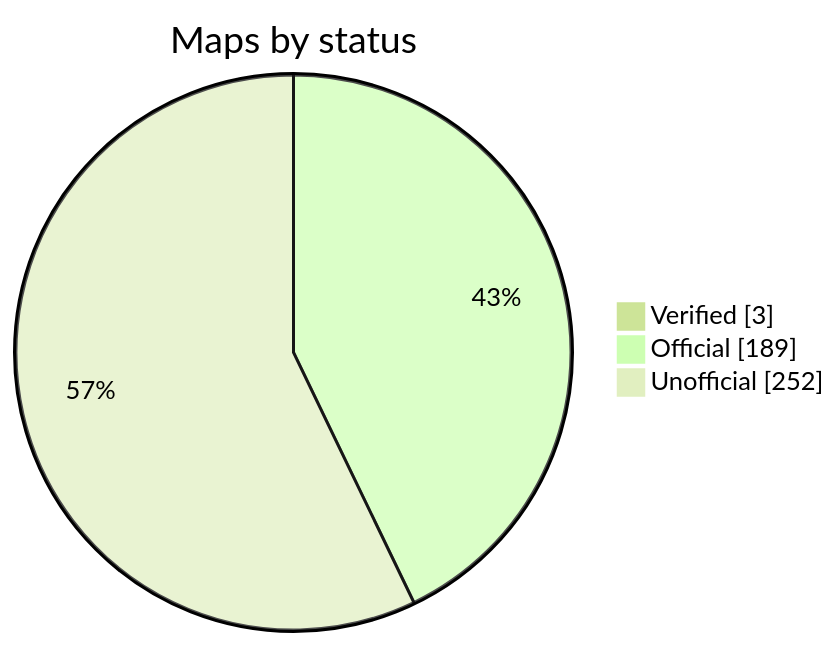
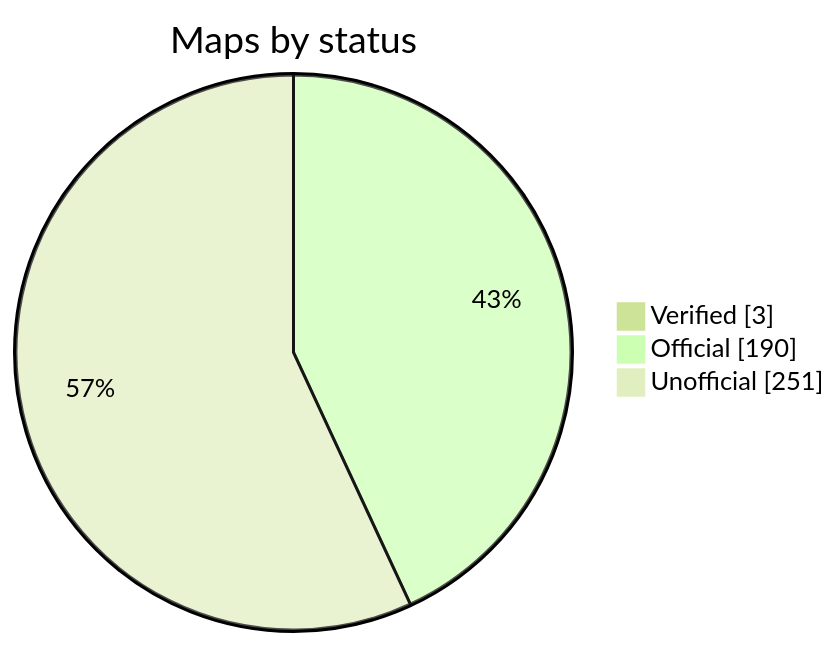
One commit to nobrega8/mbmap-library changed the diagram in README.md. Above: the diagram before and after it, drawn with Mermaid (forest theme). The commit also changed 1 other file, not shown here.

Commit message:
Rebuild the index

````diff
--- a/README.md
+++ b/README.md
@@ -48,7 +48,7 @@
 ```mermaid
 pie showData
     title Maps by status
     "Verified" : 3
-    "Official" : 189
-    "Unofficial" : 252
+    "Official" : 190
+    "Unofficial" : 251
 ```
````
